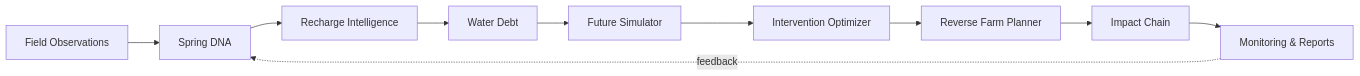
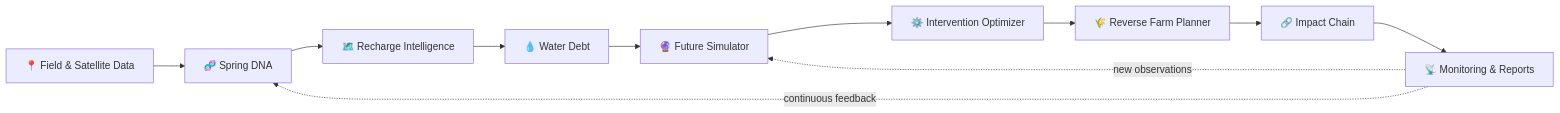
Before and after one commit to sakshi01-art/jalchakra_ai: the first of 2 diagrams in README.md, drawn with Mermaid. The commit also changed other lines of this file, not shown here.

Commit message:
docs: add Jalchakra AI system architecture diagrams

````diff
--- a/README.md
+++ b/README.md
@@ -46,12 +48,13 @@
 ```mermaid
 flowchart LR
-    A[Field Observations] --> B[Spring DNA]
-    B --> C[Recharge Intelligence]
-    C --> D[Water Debt]
-    D --> E[Future Simulator]
-    E --> F[Intervention Optimizer]
-    F --> G[Reverse Farm Planner]
-    G --> H[Impact Chain]
-    H --> I[Monitoring & Reports]
-    I -. feedback .-> B
+    A[📍 Field & Satellite Data] --> B[🧬 Spring DNA]
+    B --> C[🗺️ Recharge Intelligence]
+    C --> D[💧 Water Debt]
+    D --> E[🔮 Future Simulator]
+    E --> F[⚙️ Intervention Optimizer]
+    F --> G[🌾 Reverse Farm Planner]
+    G --> H[🔗 Impact Chain]
+    H --> I[📡 Monitoring & Reports]
+    I -. continuous feedback .-> B
+    I -. new observations .-> E
 ```
````
